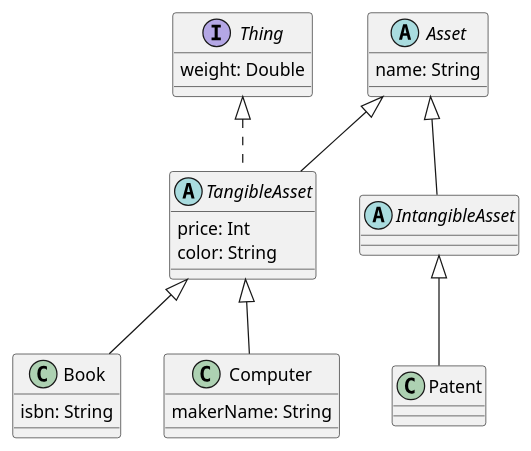
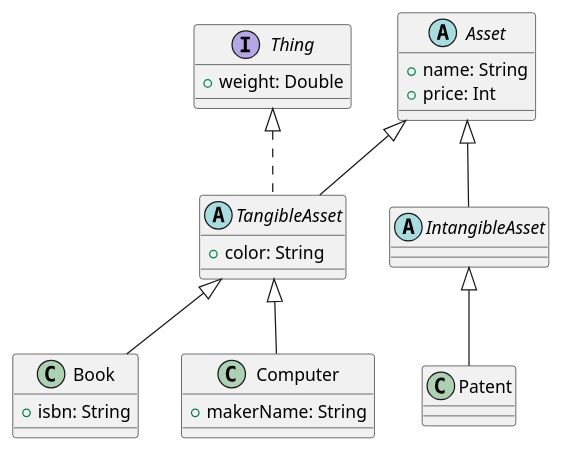
Before and after one commit to SurvivalCodingCampus/gangnam2_kotlin_study: the diagram in src/main/kotlin/com/ezlevup/my/exercise2/asset.puml, drawn with PlantUML. The commit also changed 4 other files, not shown here.

Commit message:
feat: 연습문제 price, 다이어그램 수정.

```diff
--- a/src/main/kotlin/com/ezlevup/my/exercise2/asset.puml
+++ b/src/main/kotlin/com/ezlevup/my/exercise2/asset.puml
@@ -1,31 +1,31 @@
 @startuml
 'https://plantuml.com/class-diagram
 
 interface Thing {
-    weight: Double
+    + weight: Double
 }
 
 abstract class Asset {
-    name: String
+    + name: String
+    + price: Int
 }
 
 abstract class TangibleAsset extends Asset implements Thing {
-    price: Int
-    color: String
+    + color: String
 }
 
 abstract class IntangibleAsset extends Asset
 
 class Book extends TangibleAsset {
-    isbn: String
+    + isbn: String
 }
 
 class Computer extends TangibleAsset {
-    makerName: String
+    + makerName: String
 }
 
 class Patent extends IntangibleAsset
 
 
 
 @enduml
```
